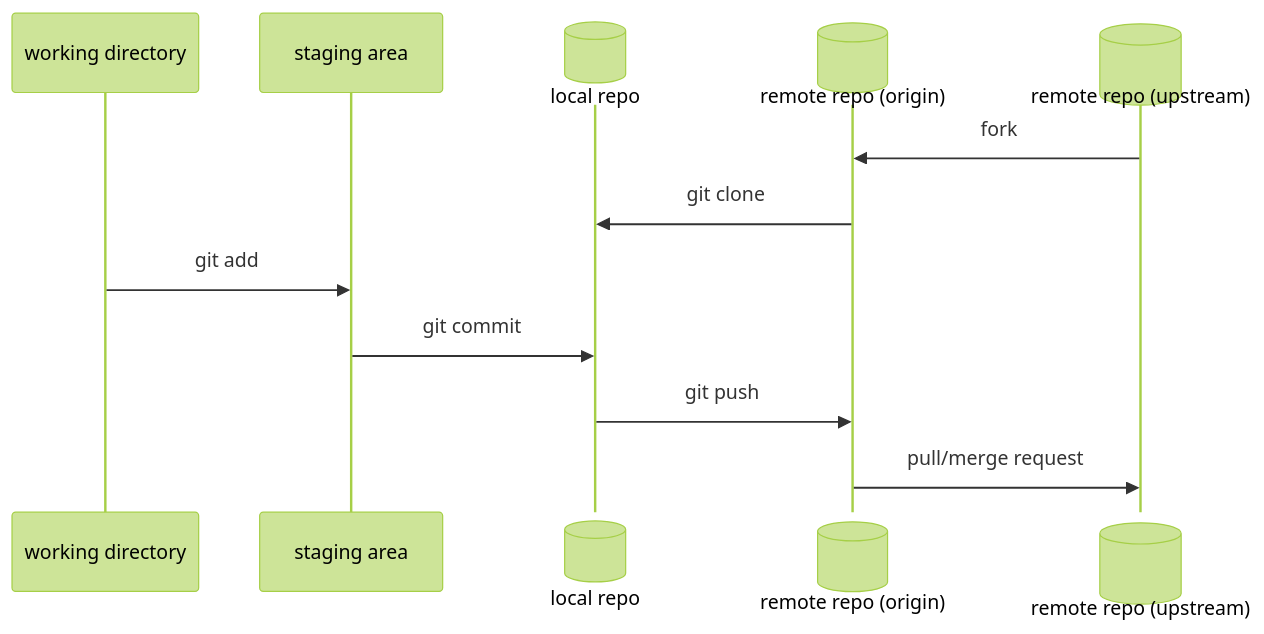
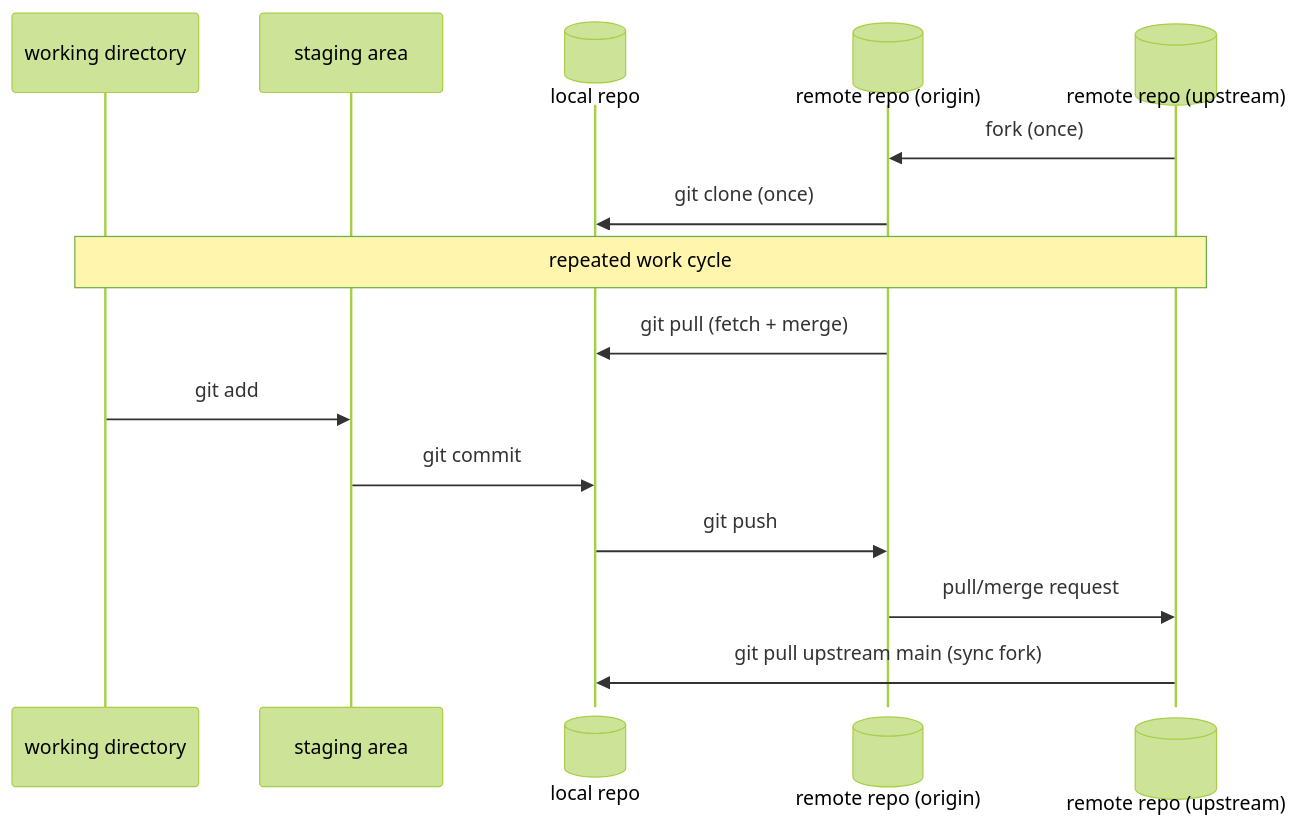
Before and after one commit to open-energy-transition/entsoe-training: the diagram in diagrams/collab.md, drawn with Mermaid (forest theme).

Commit message:
fix: add pull and clarify fork/clone
Added notes for repeated work cycle and syncing fork.

````diff
--- a/diagrams/collab.md
+++ b/diagrams/collab.md
@@ -1,14 +1,17 @@
 ```mermaid
 sequenceDiagram
   participant working as working directory
   participant staging as staging area
   participant local@{ "type" : "database" } as local repo
   participant remote@{ "type" : "database" } as remote repo (origin)
   participant upstream@{ "type" : "database" } as remote repo (upstream)
-  upstream ->> remote: fork
-  remote ->> local: git clone
+  upstream ->> remote: fork (once)
+  remote ->> local: git clone (once)
+  Note over working,upstream: repeated work cycle
+  remote ->> local: git pull (fetch + merge)
   working ->> staging: git add
   staging ->> local: git commit
   local ->> remote: git push
   remote ->> upstream: pull/merge request
+  upstream ->> local: git pull upstream main (sync fork)
 ```
````
